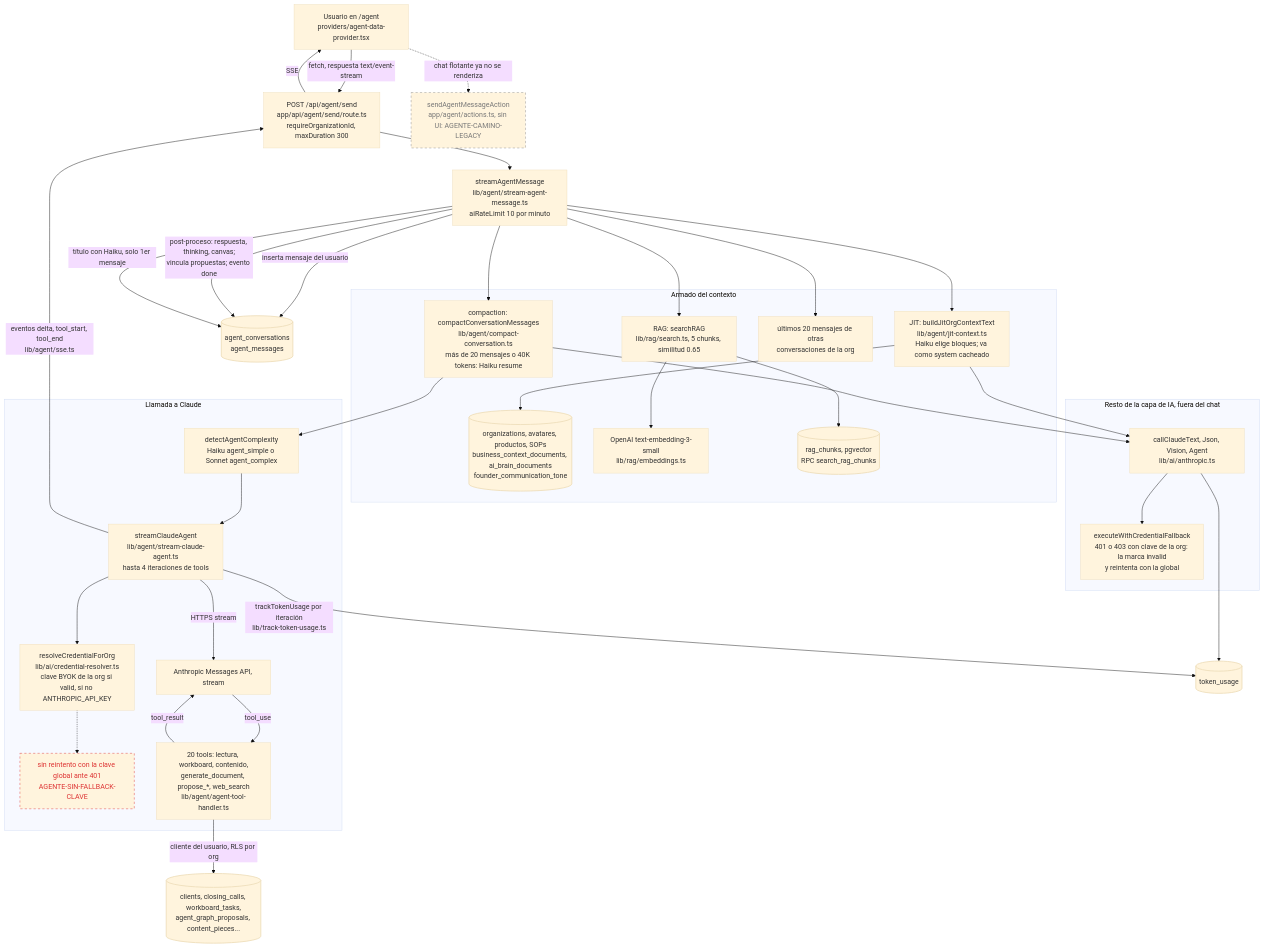
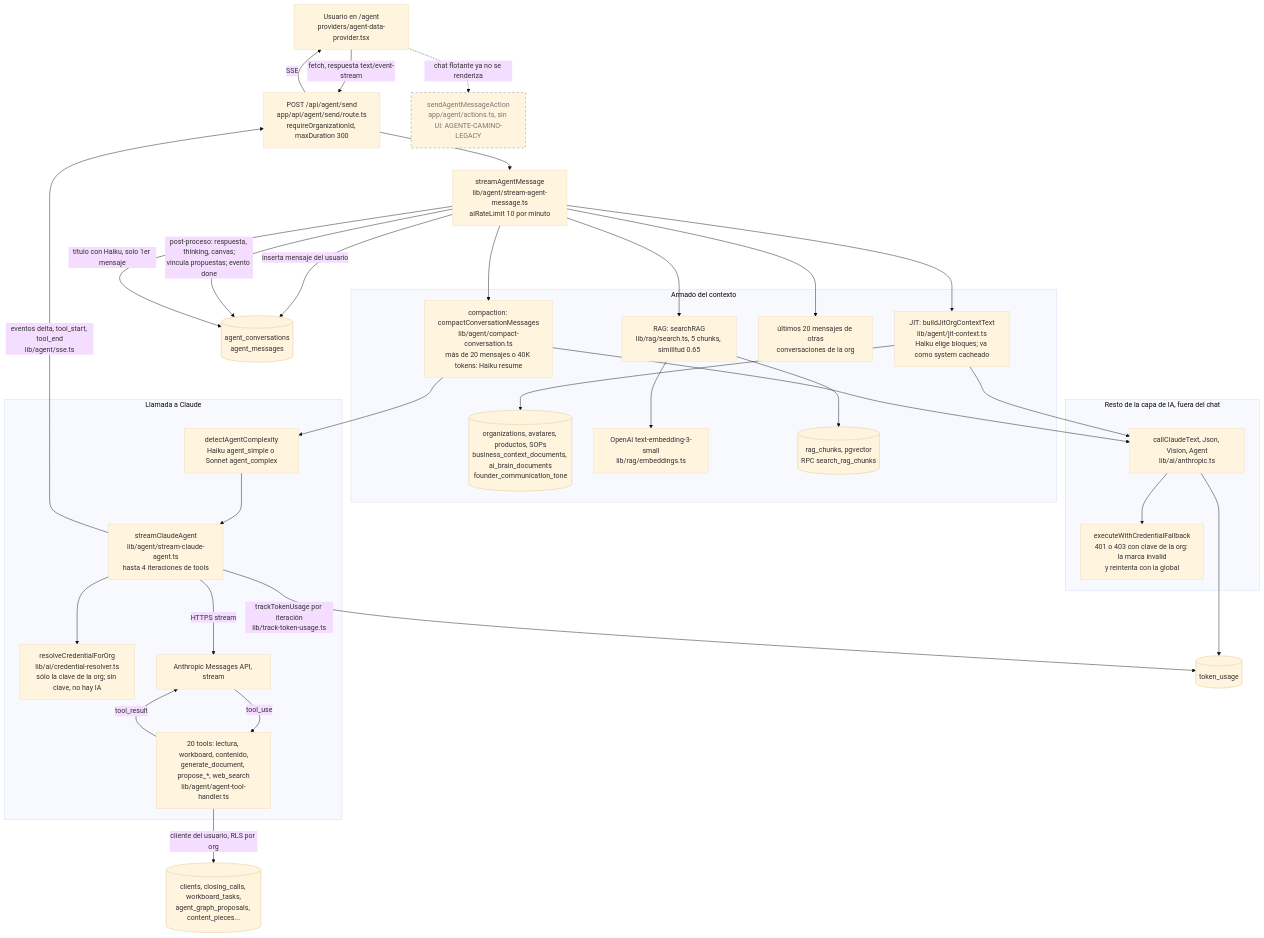
One commit to santiagozurbrigk/limitless-system changed the fourth of 7 diagrams in docs/arquitectura/diagramas.md. Above: the diagram before and after it, drawn with Mermaid (base theme). The commit also changed 40 other files, not shown here.

First line of the commit message:
feat(ia): sin clave propia no hay IA, y super-admin con su propia clave (SCRUM-7) (#103)

````diff
--- a/docs/arquitectura/diagramas.md
+++ b/docs/arquitectura/diagramas.md
@@ -336,69 +336,67 @@
 ```mermaid
 flowchart TD
     classDef legacy stroke-dasharray:5 5,stroke:#888,color:#777
     classDef roto stroke-dasharray:5 5,stroke:#d33,color:#d33
     classDef tabla stroke-width:2px
 
     user["Usuario en /agent<br/>providers/agent-data-provider.tsx"]
     route["POST /api/agent/send<br/>app/api/agent/send/route.ts<br/>requireOrganizationId, maxDuration 300"]
     orch["streamAgentMessage<br/>lib/agent/stream-agent-message.ts<br/>aiRateLimit 10 por minuto"]
     legacyAction["sendAgentMessageAction<br/>app/agent/actions.ts, sin UI: AGENTE-CAMINO-LEGACY"]:::legacy
 
     user -->|"fetch, respuesta text/event-stream"| route
     route --> orch
     user -.->|"chat flotante ya no se renderiza"| legacyAction
 
     orch -->|"inserta mensaje del usuario"| msgs[("agent_conversations<br/>agent_messages")]:::tabla
 
     subgraph contexto["Armado del contexto"]
         jit["JIT: buildJitOrgContextText<br/>lib/agent/jit-context.ts<br/>Haiku elige bloques; va como system cacheado"]
         kb[("organizations, avatares, productos, SOPs<br/>business_context_documents, ai_brain_documents<br/>founder_communication_tone")]:::tabla
         rag["RAG: searchRAG<br/>lib/rag/search.ts, 5 chunks, similitud 0.65"]
         emb["OpenAI text-embedding-3-small<br/>lib/rag/embeddings.ts"]
         vec[("rag_chunks, pgvector<br/>RPC search_rag_chunks")]:::tabla
         otras["últimos 20 mensajes de otras<br/>conversaciones de la org"]
         compact["compaction: compactConversationMessages<br/>lib/agent/compact-conversation.ts<br/>más de 20 mensajes o 40K tokens: Haiku resume"]
     end
 
     orch --> jit
     jit --> kb
     orch --> rag
     rag --> emb
     rag --> vec
     orch --> otras
     orch --> compact
 
     subgraph claude["Llamada a Claude"]
         complexity["detectAgentComplexity<br/>Haiku agent_simple o Sonnet agent_complex"]
-        cred["resolveCredentialForOrg<br/>lib/ai/credential-resolver.ts<br/>clave BYOK de la org si valid, si no ANTHROPIC_API_KEY"]
+        cred["resolveCredentialForOrg<br/>lib/ai/credential-resolver.ts<br/>sólo la clave de la org; sin clave, no hay IA"]
         stream["streamClaudeAgent<br/>lib/agent/stream-claude-agent.ts<br/>hasta 4 iteraciones de tools"]
-        nofallback["sin reintento con la clave global ante 401<br/>AGENTE-SIN-FALLBACK-CLAVE"]:::roto
         tools["20 tools: lectura, workboard, contenido,<br/>generate_document, propose_*, web_search<br/>lib/agent/agent-tool-handler.ts"]
         anth["Anthropic Messages API, stream"]
     end
 
     compact --> complexity
     complexity --> stream
     stream --> cred
-    cred -.-> nofallback
     stream -->|"HTTPS stream"| anth
     anth -->|"tool_use"| tools
     tools -->|"cliente del usuario, RLS por org"| datos[("clients, closing_calls, workboard_tasks,<br/>agent_graph_proposals, content_pieces...")]:::tabla
     tools -->|"tool_result"| anth
 
     stream -->|"eventos delta, tool_start, tool_end<br/>lib/agent/sse.ts"| route
     route -->|"SSE"| user
     stream -->|"trackTokenUsage por iteración<br/>lib/track-token-usage.ts"| tu[("token_usage")]:::tabla
     orch -->|"post-proceso: respuesta, thinking, canvas;<br/>vincula propuestas; evento done"| msgs
     orch -->|"título con Haiku, solo 1er mensaje"| msgs
 
     subgraph otros["Resto de la capa de IA, fuera del chat"]
         callClaude["callClaudeText, Json, Vision, Agent<br/>lib/ai/anthropic.ts"]
         fallback["executeWithCredentialFallback<br/>401 o 403 con clave de la org: la marca invalid<br/>y reintenta con la global"]
     end
 
     jit --> callClaude
     compact --> callClaude
     callClaude --> fallback
     callClaude --> tu
 ```
````
